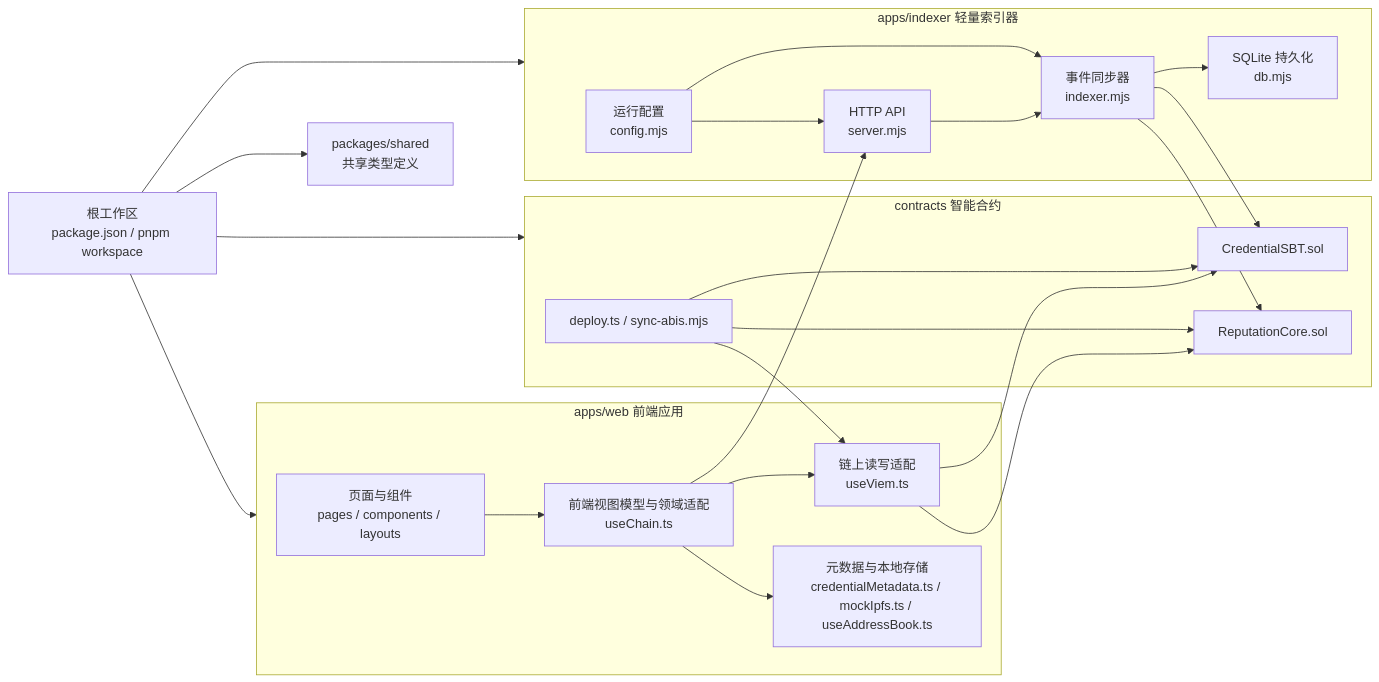
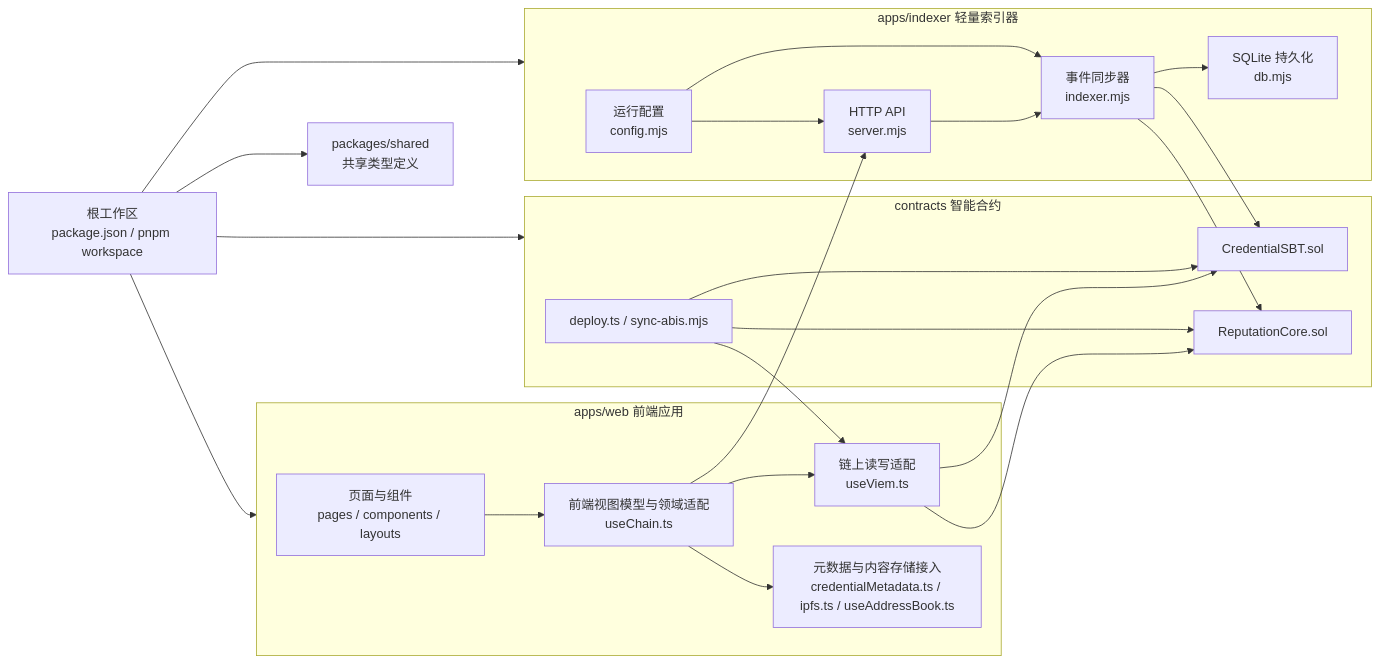
One commit to Aurorabili/credchain changed the diagram in docs/module-architecture.md. Above: the diagram before and after it, drawn with Mermaid. The commit also changed other lines of this file and 14 other files, not shown here.

Commit message:
feat: 重构 IPFS 相关功能，移除 mock 存储，添加 Kubo 节点支持

````diff
--- a/docs/module-architecture.md
+++ b/docs/module-architecture.md
@@ -30,49 +30,49 @@
 ```mermaid
 flowchart LR
     Root["根工作区<br/>package.json / pnpm workspace"]
 
     subgraph Web["apps/web 前端应用"]
       WebUI["页面与组件<br/>pages / components / layouts"]
       WebVM["前端视图模型与领域适配<br/>useChain.ts"]
       WebRPC["链上读写适配<br/>useViem.ts"]
-      WebMeta["元数据与本地存储<br/>credentialMetadata.ts / mockIpfs.ts / useAddressBook.ts"]
+      WebMeta["元数据与内容存储接入<br/>credentialMetadata.ts / ipfs.ts / useAddressBook.ts"]
     end
 
     subgraph Indexer["apps/indexer 轻量索引器"]
       IdxAPI["HTTP API<br/>server.mjs"]
       IdxSync["事件同步器<br/>indexer.mjs"]
       IdxDB["SQLite 持久化<br/>db.mjs"]
       IdxCfg["运行配置<br/>config.mjs"]
     end
 
     subgraph Contracts["contracts 智能合约"]
       SBT["CredentialSBT.sol"]
       REP["ReputationCore.sol"]
       Deploy["deploy.ts / sync-abis.mjs"]
     end
 
     Shared["packages/shared<br/>共享类型定义"]
 
     Root --> Web
     Root --> Indexer
     Root --> Contracts
     Root --> Shared
 
     WebUI --> WebVM
     WebVM --> WebRPC
     WebVM --> IdxAPI
     WebVM --> WebMeta
     WebRPC --> SBT
     WebRPC --> REP
 
     IdxAPI --> IdxSync
     IdxSync --> IdxDB
     IdxSync --> SBT
     IdxSync --> REP
     IdxCfg --> IdxSync
     IdxCfg --> IdxAPI
 
     Deploy --> SBT
     Deploy --> REP
     Deploy --> WebRPC
 ```
````
